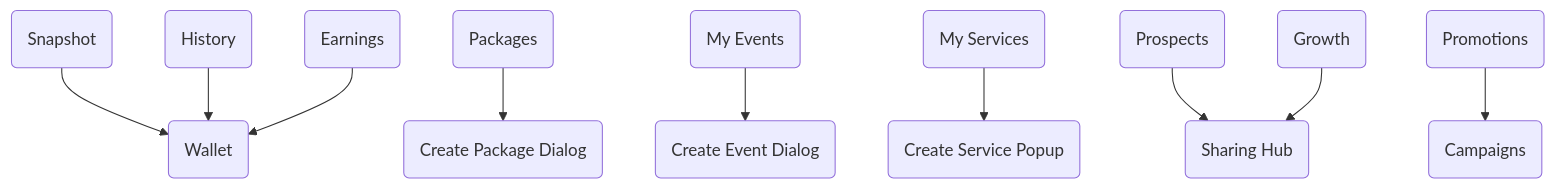
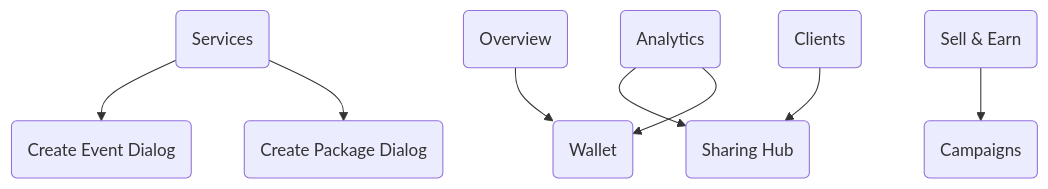
One commit to exafyltd/vitana-v1 changed diagram 33 of 34 in docs/NAVIGATION_MAP.md. Above: the diagram before and after it, drawn with Mermaid. The commit also changed other lines of this file and 4 other files, not shown here.

````diff
--- a/docs/NAVIGATION_MAP.md
+++ b/docs/NAVIGATION_MAP.md
@@ -696,16 +701,14 @@
 ```mermaid
 graph TB
-    BIZ-001-A(Snapshot) --> WLLT-001(Wallet)
-    BIZ-001-B(History) --> WLLT-001
+    BIZ-001(Overview) --> WLLT-001(Wallet)
     
-    BIZ-002-C(Packages) --> OVRL-040(Create Package Dialog)
-    BIZ-002-B(My Events) --> OVRL-017(Create Event Dialog)
-    BIZ-002-A(My Services) --> OVRL-039(Create Service Popup)
+    BIZ-002(Services) --> OVRL-040(Create Package Dialog)
+    BIZ-002 --> OVRL-017(Create Event Dialog)
     
-    BIZ-003-B(Prospects) --> SHAR-001(Sharing Hub)
+    BIZ-003(Clients) --> SHAR-001(Sharing Hub)
     
-    BIZ-004-B(Promotions) --> SHAR-002(Campaigns)
+    BIZ-004(Sell & Earn) --> SHAR-002(Campaigns)
     
-    BIZ-005-B(Earnings) --> WLLT-001(Wallet)
-    BIZ-005-C(Growth) --> SHAR-001(Sharing Hub)
+    BIZ-005(Analytics) --> WLLT-001(Wallet)
+    BIZ-005 --> SHAR-001(Sharing Hub)
 ```
````
